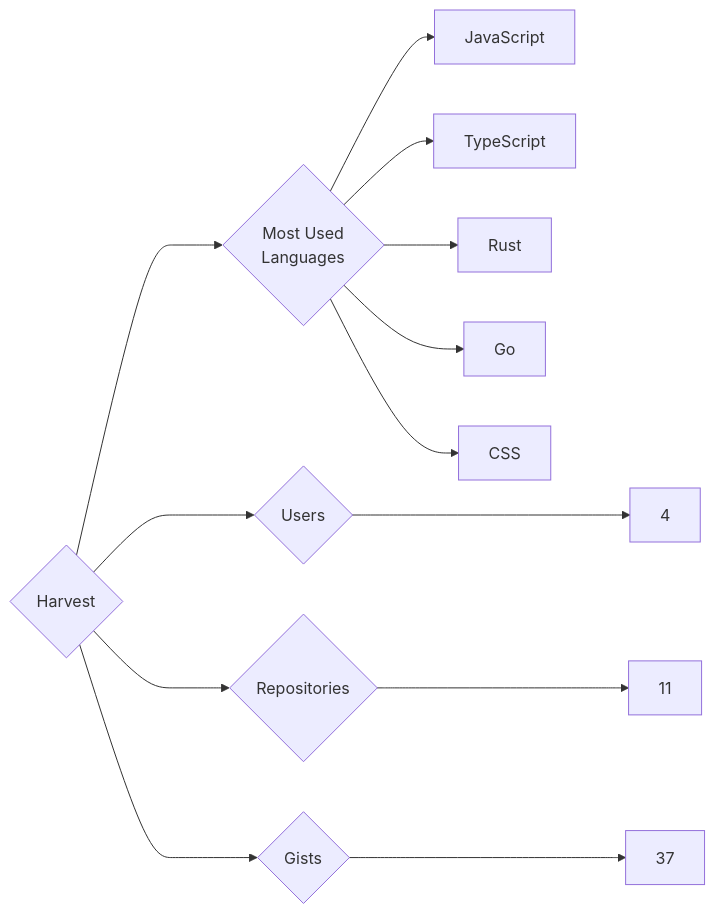
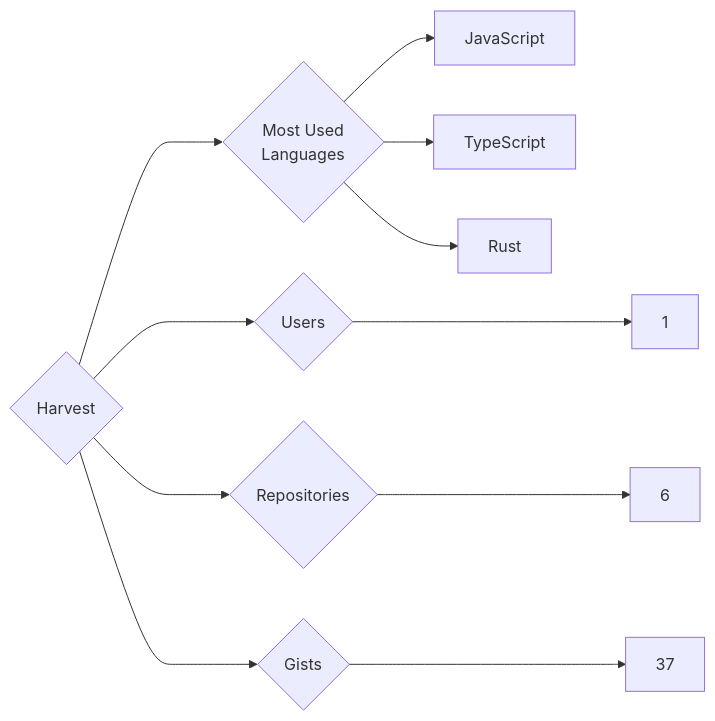
The diagram in targets/Harvest/README.md (trickest/insiders), drawn with Mermaid before and after one commit. The commit also changed 899 other files, not shown here.

````diff
--- a/targets/Harvest/README.md
+++ b/targets/Harvest/README.md
@@ -3,13 +3,11 @@
 ```mermaid
 graph LR
 COMPANY_NAME{Harvest}
-COMPANY_NAME ---> U{Users} ---> UN[4]
-COMPANY_NAME ---> R{Repositories} ---> RN[11]
+COMPANY_NAME ---> U{Users} ---> UN[1]
+COMPANY_NAME ---> R{Repositories} ---> RN[6]
 COMPANY_NAME ---> G{Gists} ---> GN[37]
 COMPANY_NAME ---> ML{Most Used<br>Languages}
 ML --> JavaScript[JavaScript]
 ML --> TypeScript[TypeScript]
 ML --> Rust[Rust]
-ML --> Go[Go]
-ML --> CSS[CSS]
 ```
````
